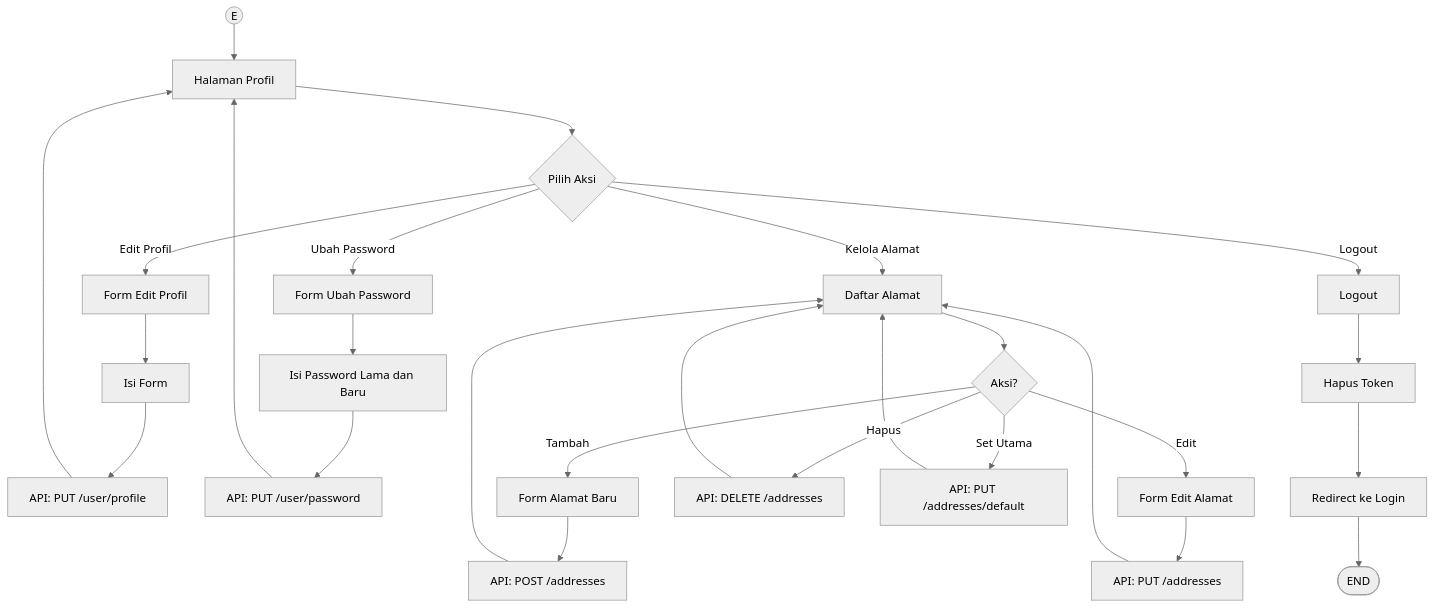
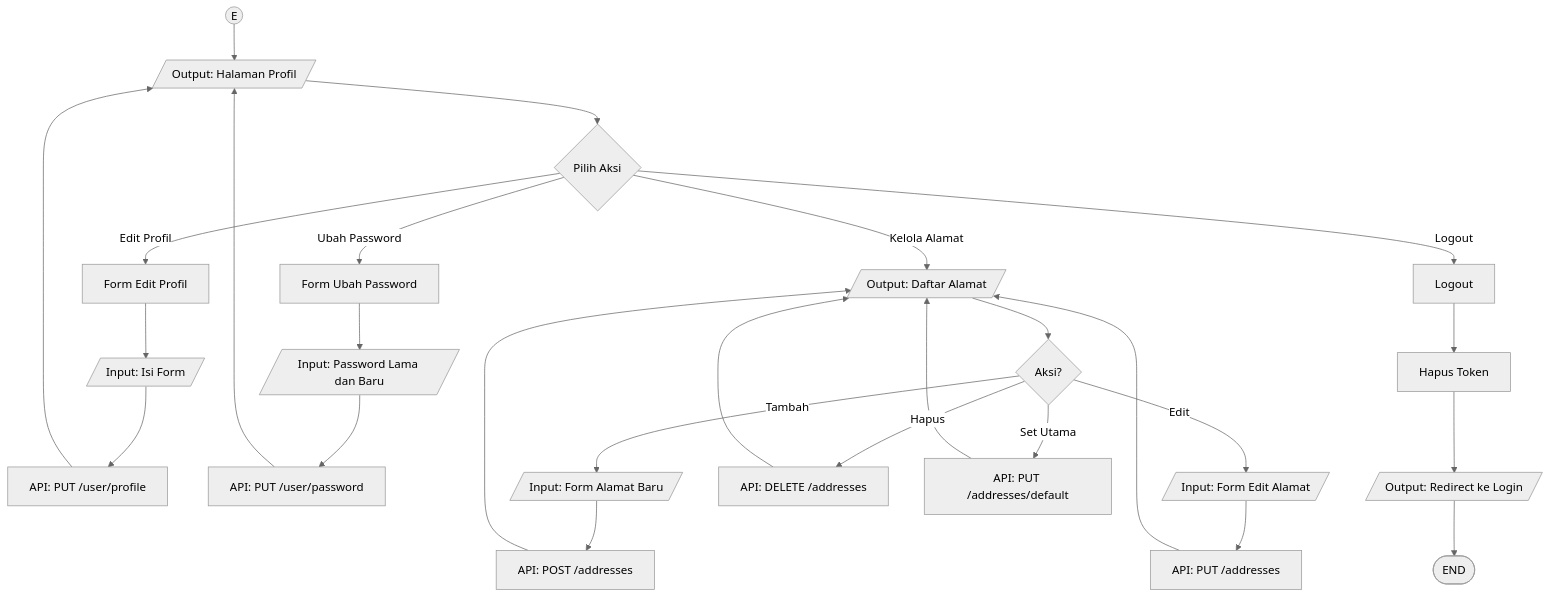
One commit to Wannzh/greeceri-store-fe changed the sixth of 7 diagrams in FLOWCHART.md. Above: the diagram before and after it, drawn with Mermaid (neutral theme). The commit also changed other lines of this file and 9 other files, not shown here.

Commit message:
Edit Flowchart

````diff
--- a/FLOWCHART.md
+++ b/FLOWCHART.md
@@ -246,42 +246,42 @@
 ```mermaid
 flowchart TD
-    PROFILE_START((E)) --> PROFILE_PAGE[Halaman Profil]
+    PROFILE_START((E)) --> PROFILE_PAGE[/Output: Halaman Profil/]
 
     PROFILE_PAGE --> PROFILE_ACTION{Pilih Aksi}
 
     PROFILE_ACTION -->|Edit Profil| EDIT_PROFILE[Form Edit Profil]
     PROFILE_ACTION -->|Ubah Password| CHANGE_PASS[Form Ubah Password]
-    PROFILE_ACTION -->|Kelola Alamat| ADDRESS_LIST[Daftar Alamat]
+    PROFILE_ACTION -->|Kelola Alamat| ADDRESS_LIST[/Output: Daftar Alamat/]
     PROFILE_ACTION -->|Logout| LOGOUT[Logout]
 
     %% Edit Profile
-    EDIT_PROFILE --> EDIT_FORM[Isi Form]
+    EDIT_PROFILE --> EDIT_FORM[/Input: Isi Form/]
     EDIT_FORM --> SAVE_PROFILE["API: PUT /user/profile"]
     SAVE_PROFILE --> PROFILE_PAGE
 
     %% Change Password
-    CHANGE_PASS --> PASS_FORM[Isi Password Lama dan Baru]
+    CHANGE_PASS --> PASS_FORM[/Input: Password Lama dan Baru/]
     PASS_FORM --> SAVE_PASS["API: PUT /user/password"]
     SAVE_PASS --> PROFILE_PAGE
 
     %% Address Management
     ADDRESS_LIST --> ADDR_ACTION{Aksi?}
-    ADDR_ACTION -->|Tambah| ADD_ADDRESS[Form Alamat Baru]
-    ADDR_ACTION -->|Edit| EDIT_ADDRESS[Form Edit Alamat]
+    ADDR_ACTION -->|Tambah| ADD_ADDRESS[/Input: Form Alamat Baru/]
+    ADDR_ACTION -->|Edit| EDIT_ADDRESS[/Input: Form Edit Alamat/]
     ADDR_ACTION -->|Hapus| DELETE_ADDRESS["API: DELETE /addresses"]
     ADDR_ACTION -->|Set Utama| SET_DEFAULT["API: PUT /addresses/default"]
 
     ADD_ADDRESS --> SAVE_ADDR["API: POST /addresses"]
     EDIT_ADDRESS --> UPDATE_ADDR["API: PUT /addresses"]
 
     SAVE_ADDR --> ADDRESS_LIST
     UPDATE_ADDR --> ADDRESS_LIST
     DELETE_ADDRESS --> ADDRESS_LIST
     SET_DEFAULT --> ADDRESS_LIST
 
     %% Logout
     LOGOUT --> CLEAR_TOKEN[Hapus Token]
-    CLEAR_TOKEN --> REDIRECT_LOGIN[Redirect ke Login]
+    CLEAR_TOKEN --> REDIRECT_LOGIN[/Output: Redirect ke Login/]
 
     REDIRECT_LOGIN --> END_PROFILE([END])
 ```
````
